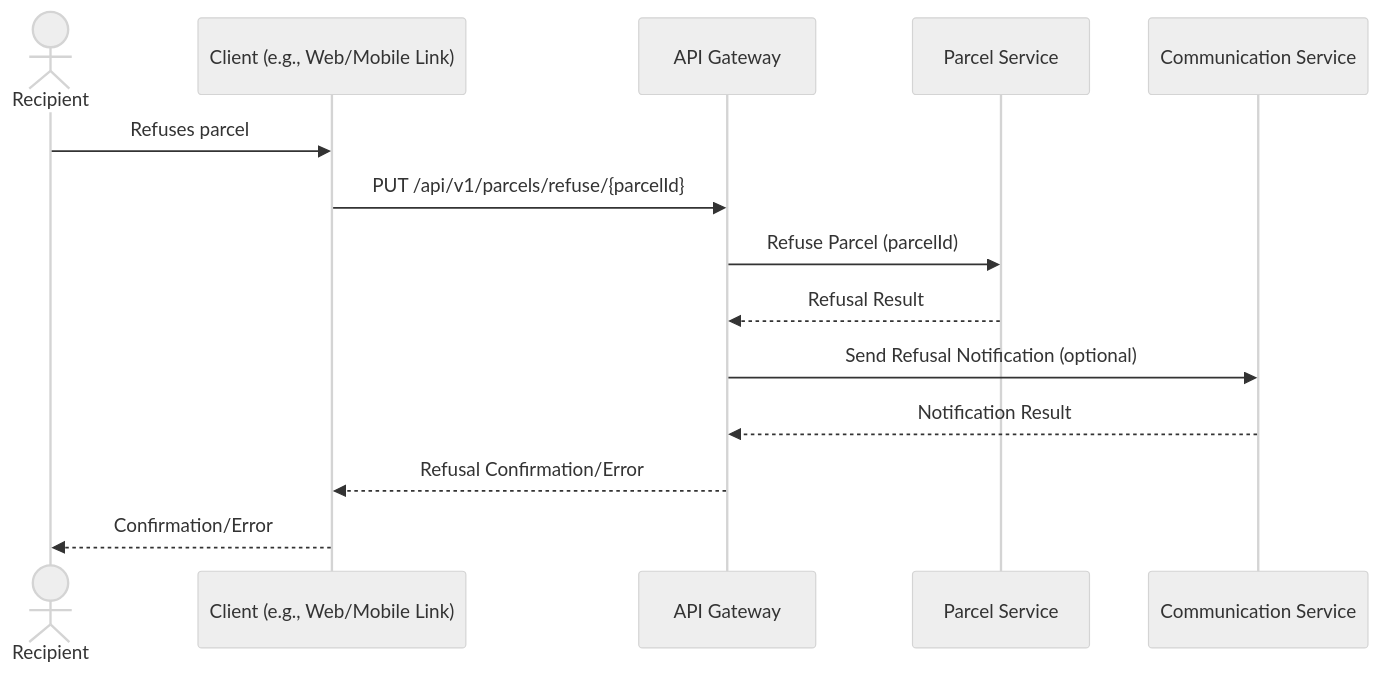
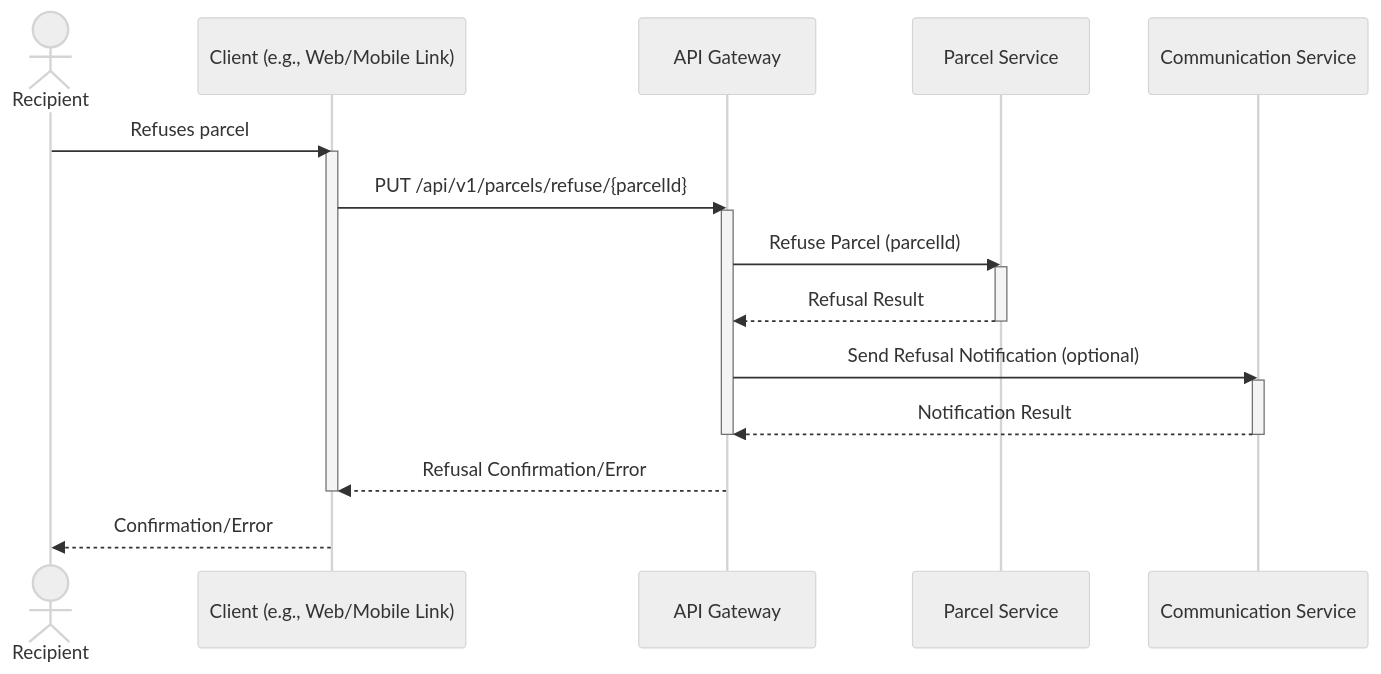
Before and after one commit to hungdev11/Delivery-Coodinating-System-And-Delivery-App: the sixth of 8 diagrams in reports/3_APIS_AND_FUNCTIONS/diagrams/parcel_workflows.md, drawn with Mermaid (neutral theme). The commit also changed other lines of this file and 11 other files, not shown here.

Commit message:
add processing bar for sequence diagram

````diff
--- a/reports/3_APIS_AND_FUNCTIONS/diagrams/parcel_workflows.md
+++ b/reports/3_APIS_AND_FUNCTIONS/diagrams/parcel_workflows.md
@@ -119,17 +153,25 @@
 ```mermaid
 sequenceDiagram
     actor Recipient
     participant Client as Client (e.g., Web/Mobile Link)
     participant APIGateway as API Gateway
     participant ParcelService as Parcel Service
     participant CommunicationService as Communication Service
 
     Recipient->>Client: Refuses parcel
+    activate Client
     Client->>APIGateway: PUT /api/v1/parcels/refuse/{parcelId}
+    activate APIGateway
     APIGateway->>ParcelService: Refuse Parcel (parcelId)
+    activate ParcelService
     ParcelService-->>APIGateway: Refusal Result
+    deactivate ParcelService
     APIGateway->>CommunicationService: Send Refusal Notification (optional)
+    activate CommunicationService
     CommunicationService-->>APIGateway: Notification Result
+    deactivate CommunicationService
+    deactivate APIGateway
     APIGateway-->>Client: Refusal Confirmation/Error
+    deactivate Client
     Client-->>Recipient: Confirmation/Error
 ```
````
